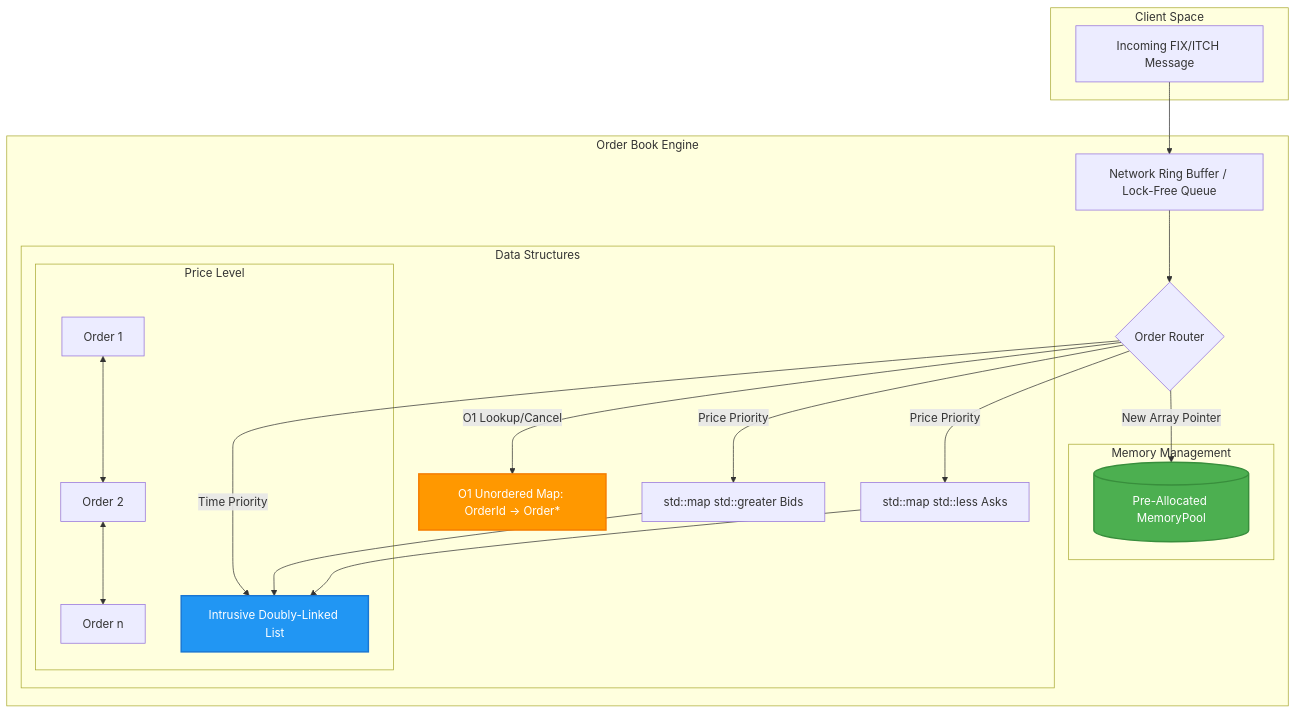
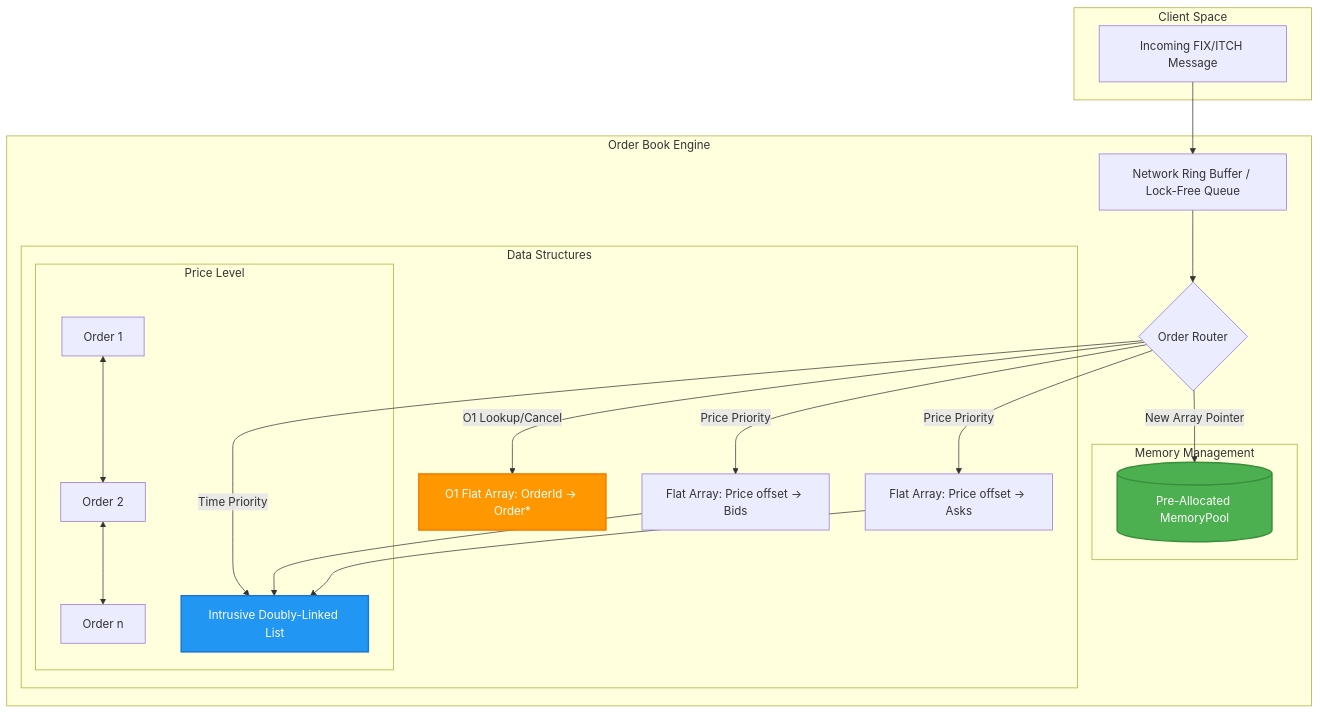
The diagram in README.md (Komal-ai417/hft-matching-engine), drawn with Mermaid before and after one commit. The commit also changed other lines of this file and 1 other file, not shown here.

````diff
--- a/README.md
+++ b/README.md
@@ -13,41 +13,41 @@
 ```mermaid
 graph TD
     subgraph Client Space
         A[Incoming FIX/ITCH Message]
     end
 
     subgraph Order Book Engine
         B[Network Ring Buffer / Lock-Free Queue]
         C{Order Router}
         
         subgraph Memory Management
             P[(Pre-Allocated MemoryPool)]
         end
         
         subgraph Data Structures
-            M[O1 Unordered Map: OrderId -> Order*]
-            Tree[std::map std::greater Bids]
-            Tree2[std::map std::less Asks]
+            M[O1 Flat Array: OrderId -> Order*]
+            Tree[Flat Array: Price offset -> Bids]
+            Tree2[Flat Array: Price offset -> Asks]
             
             subgraph Price Level
                 L[Intrusive Doubly-Linked List]
                 O1[Order 1] <--> O2[Order 2] <--> O3[Order n]
             end
         end
 
         C --> |New Array Pointer| P
         C --> |O1 Lookup/Cancel| M
         C --> |Time Priority| L
         C --> |Price Priority| Tree
         C --> |Price Priority| Tree2
         Tree --> L
         Tree2 --> L
     end
 
     A --> B
     B --> C
     
     style P fill:#4CAF50,stroke:#388E3C,stroke-width:2px,color:#fff
     style L fill:#2196F3,stroke:#1976D2,stroke-width:2px,color:#fff
     style M fill:#FF9800,stroke:#F57C00,stroke-width:2px,color:#fff
 ```
````
